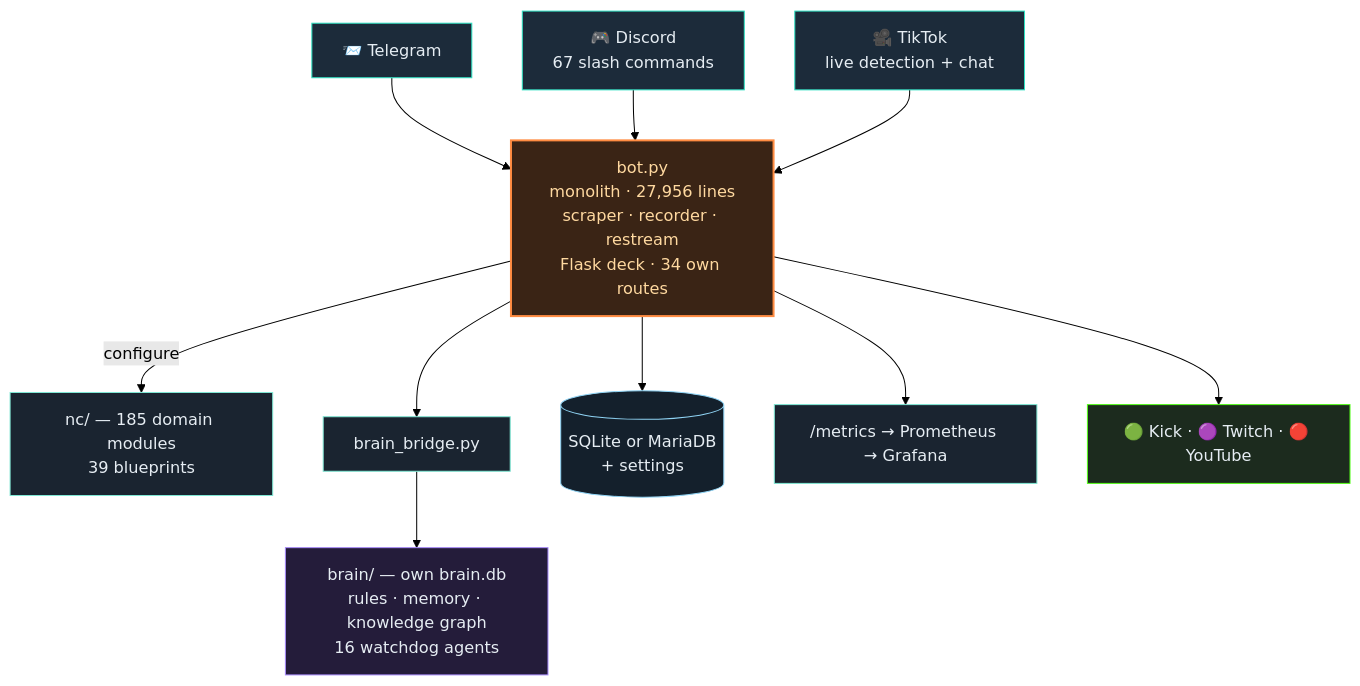
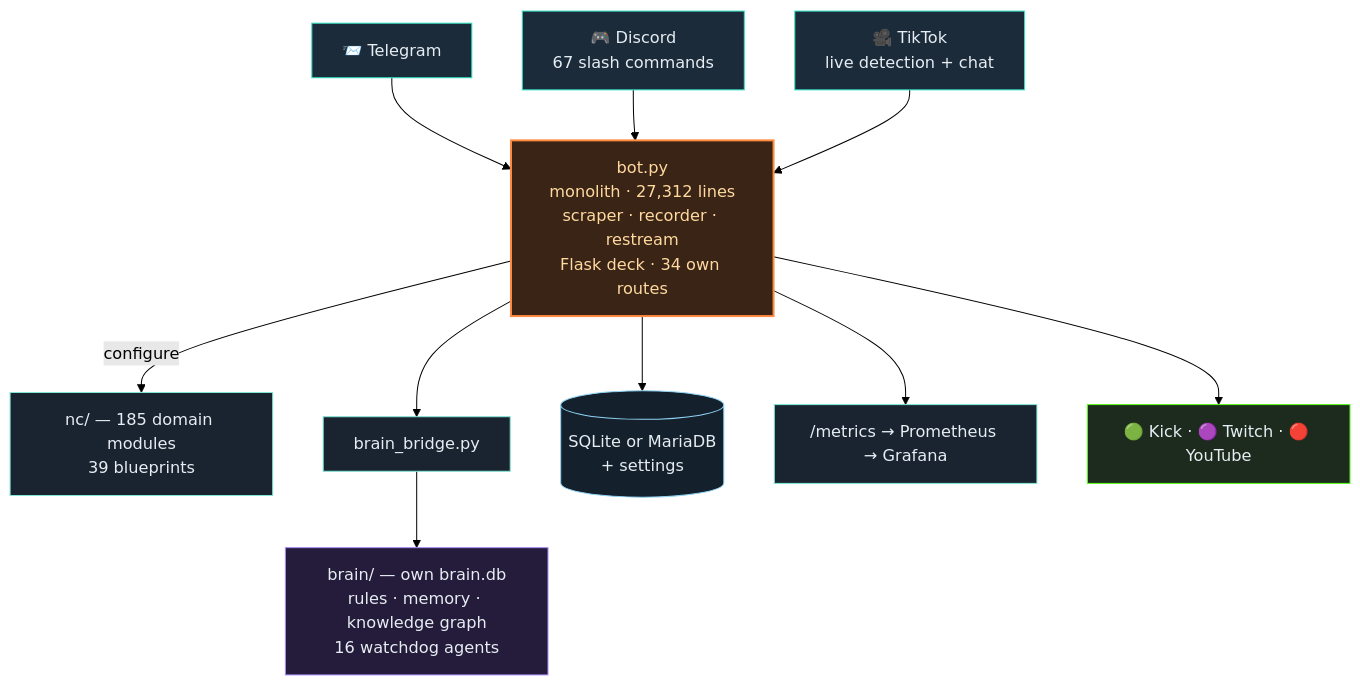
Before and after one commit to itsamemedev/Telegram-Stream-Info-Bot: the second of 3 diagrams in README.en.md, drawn with Mermaid (forest theme). The commit also changed other lines of this file and 35 other files, not shown here.

````diff
--- a/README.en.md
+++ b/README.en.md
@@ -119,19 +119,19 @@
 ```mermaid
 flowchart TB
     TG["📨 Telegram"]:::ein --> BOT
     DC["🎮 Discord<br/>67 slash commands"]:::ein --> BOT
     TT["🎥 TikTok<br/>live detection + chat"]:::ein --> BOT
-    BOT["bot.py<br/>monolith · 27,956 lines<br/>scraper · recorder · restream<br/>Flask deck · 34 own routes"]:::core
+    BOT["bot.py<br/>monolith · 27,312 lines<br/>scraper · recorder · restream<br/>Flask deck · 34 own routes"]:::core
     BOT -->|configure| NC["nc/ — 185 domain modules<br/>39 blueprints"]:::lib
     BOT --> BR["brain_bridge.py"]:::lib
     BR --> BRAIN["brain/ — own brain.db<br/>rules · memory · knowledge graph<br/>16 watchdog agents"]:::brain
     BOT --> DB[("SQLite or MariaDB<br/>+ settings")]:::db
     BOT --> PROM["/metrics → Prometheus → Grafana"]:::lib
     BOT --> OUT["🟢 Kick · 🟣 Twitch · 🔴 YouTube"]:::out
     classDef ein fill:#1c2b3a,stroke:#2de1c2,color:#e6edf3
     classDef core fill:#3a2415,stroke:#ff8c42,stroke-width:2px,color:#ffd9a0
     classDef lib fill:#1a2430,stroke:#7fe7d4,color:#e6edf3
     classDef brain fill:#241c3a,stroke:#a78bfa,color:#e6edf3
     classDef db fill:#14202c,stroke:#8fd3f4,color:#e6edf3
     classDef out fill:#1c2b1e,stroke:#53fc18,color:#e6edf3
 ```
````
